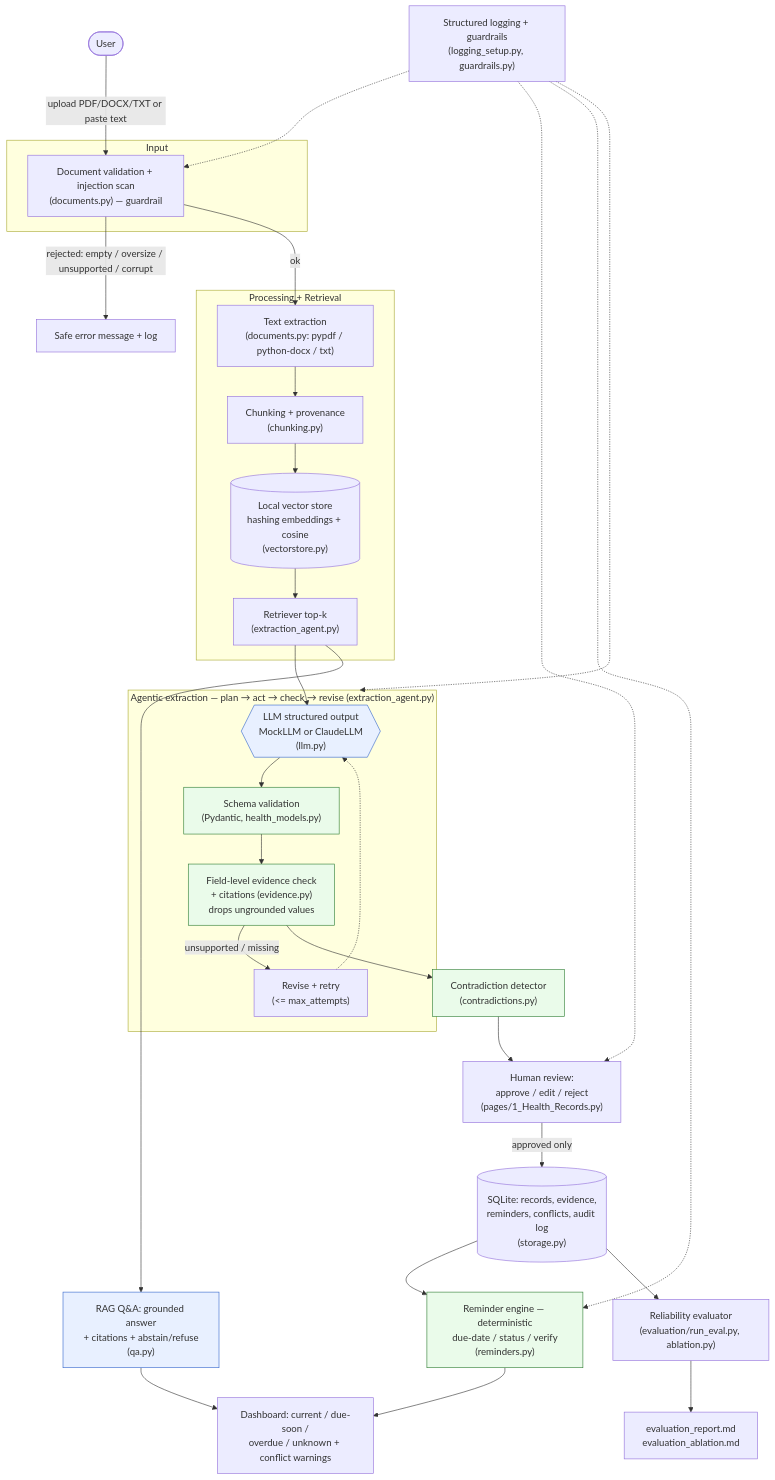
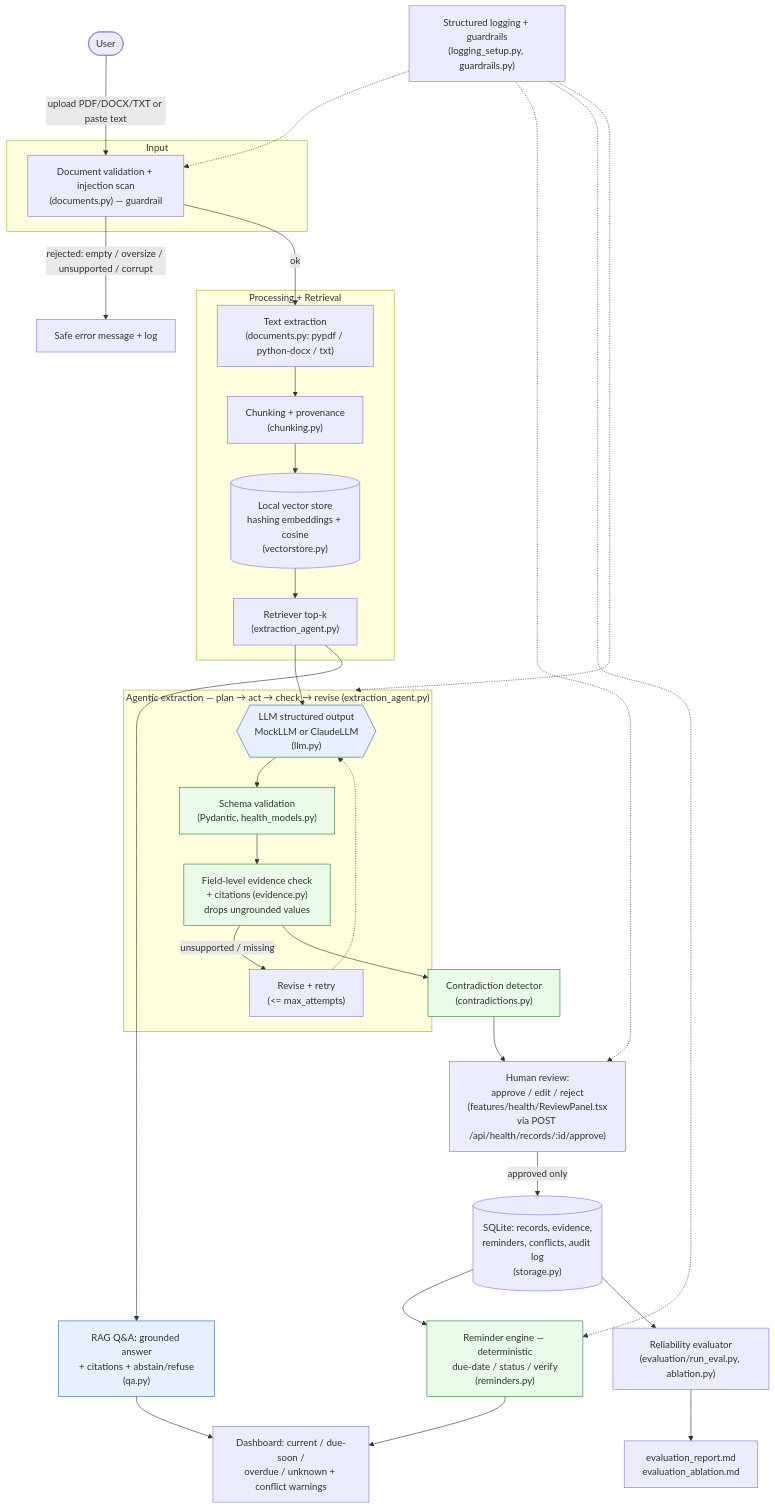
The diagram in docs/system_architecture.mmd (manushri1415/PawPal-Pet-Care), drawn with Mermaid before and after one commit. The commit also changed 17 other files, not shown here.

```diff
--- a/docs/system_architecture.mmd
+++ b/docs/system_architecture.mmd
@@ -1,50 +1,51 @@
 %% PawPal AI — System Architecture & Data Flow
-%% This Mermaid source matches the actual implementation. Module names in
-%% parentheses map each node to a file in pawpal_ai/.
+%% This Mermaid source matches the actual implementation. Names in parentheses
+%% map each node to a real file: mostly pawpal_ai/, plus the React components
+%% that own the human-facing steps and the FastAPI routes between them.
 %% Render: paste into https://mermaid.live or view on GitHub.
 
 flowchart TD
     U([User]) -->|upload PDF/DOCX/TXT or paste text| ING
 
     subgraph INPUT["Input"]
         ING["Document validation + injection scan<br/>(documents.py) — guardrail"]
     end
     ING -->|rejected: empty / oversize / unsupported / corrupt| ERR["Safe error message + log"]
     ING -->|ok| EXT["Text extraction<br/>(documents.py: pypdf / python-docx / txt)"]
 
     subgraph PROCESSING["Processing + Retrieval"]
         EXT --> CHK["Chunking + provenance<br/>(chunking.py)"]
         CHK --> VS[("Local vector store<br/>hashing embeddings + cosine<br/>(vectorstore.py)")]
         VS --> RET["Retriever top-k<br/>(extraction_agent.py)"]
     end
 
     subgraph AGENT["Agentic extraction — plan → act → check → revise (extraction_agent.py)"]
         RET --> LLM{{"LLM structured output<br/>MockLLM or ClaudeLLM<br/>(llm.py)"}}
         LLM --> SCHEMA["Schema validation<br/>(Pydantic, health_models.py)"]
         SCHEMA --> EVID["Field-level evidence check<br/>+ citations (evidence.py)<br/>drops ungrounded values"]
         EVID -->|unsupported / missing| REVISE["Revise + retry<br/>(<= max_attempts)"]
         REVISE -.-> LLM
     end
 
     EVID --> CONTRA["Contradiction detector<br/>(contradictions.py)"]
-    CONTRA --> REVIEW["Human review:<br/>approve / edit / reject<br/>(pages/1_Health_Records.py)"]
+    CONTRA --> REVIEW["Human review:<br/>approve / edit / reject<br/>(features/health/ReviewPanel.tsx<br/>via POST /api/health/records/:id/approve)"]
     REVIEW -->|approved only| DB[("SQLite: records, evidence,<br/>reminders, conflicts, audit log<br/>(storage.py)")]
     DB --> REM["Reminder engine — deterministic<br/>due-date / status / verify<br/>(reminders.py)"]
     REM --> DASH["Dashboard: current / due-soon /<br/>overdue / unknown + conflict warnings"]
 
     RET --> QA["RAG Q&A: grounded answer<br/>+ citations + abstain/refuse<br/>(qa.py)"]
     QA --> DASH
 
     DB --> EVAL["Reliability evaluator<br/>(evaluation/run_eval.py, ablation.py)"]
     EVAL --> REPORT["evaluation_report.md<br/>evaluation_ablation.md"]
 
     LOG["Structured logging + guardrails<br/>(logging_setup.py, guardrails.py)"]
     LOG -.-> ING
     LOG -.-> AGENT
     LOG -.-> REVIEW
     LOG -.-> REM
 
     classDef ai fill:#e8f0ff,stroke:#3366cc;
     classDef det fill:#eafbea,stroke:#2e7d32;
     class LLM,QA ai;
     class REM,CONTRA,EVID,SCHEMA det;
```
